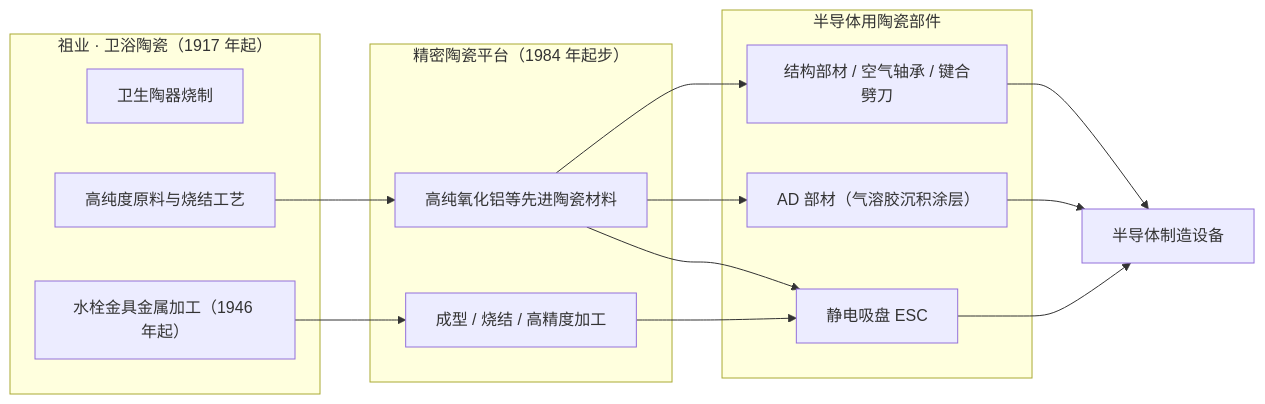
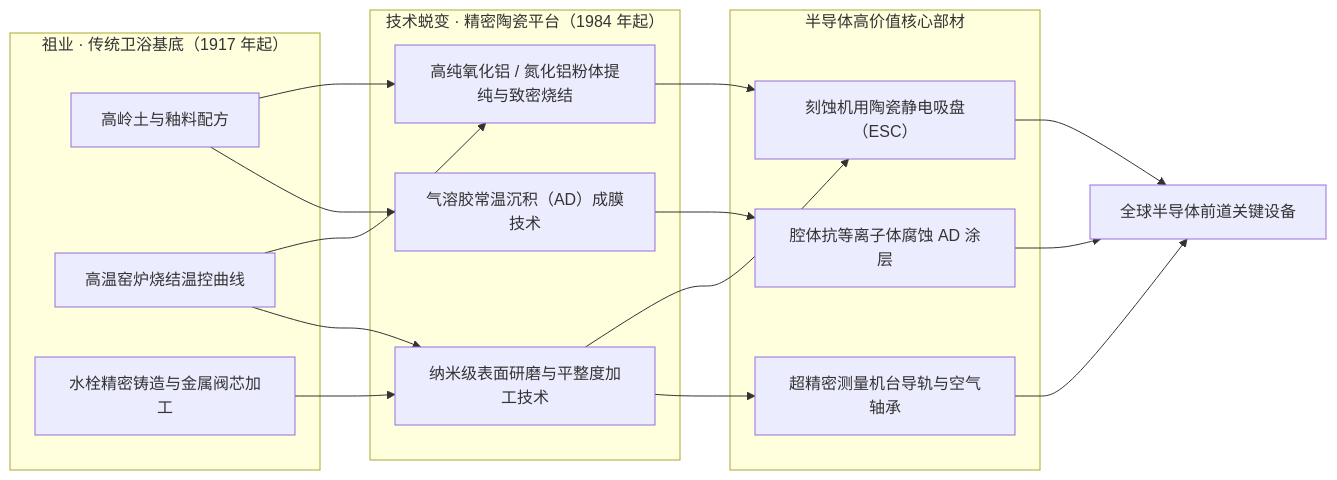
The first of 2 diagrams in content/posts/2026-09-28-toto-semiconductor-ceramics.md (leafcxy/leafcxy.github.io), drawn with Mermaid before and after one commit. The commit also changed other lines of this file and 1 other file, not shown here.

````diff
--- a/content/posts/2026-09-28-toto-semiconductor-ceramics.md
+++ b/content/posts/2026-09-28-toto-semiconductor-ceramics.md
@@ -43,27 +52,26 @@
 ```mermaid
 flowchart LR
-    subgraph A["祖业 · 卫浴陶瓷（1917 年起）"]
-        A1["卫生陶器烧制"]
-        A2["高纯度原料与烧结工艺"]
-        A3["水栓金具金属加工（1946 年起）"]
+    subgraph A["祖业 · 传统卫浴基底（1917 年起）"]
+        A1["高岭土与釉料配方"]
+        A2["高温窑炉烧结温控曲线"]
+        A3["水栓精密铸造与金属阀芯加工"]
     end
-    subgraph B["精密陶瓷平台（1984 年起步）"]
-        B1["高纯氧化铝等先进陶瓷材料"]
-        B2["成型 / 烧结 / 高精度加工"]
+    subgraph B["技术蜕变 · 精密陶瓷平台（1984 年起）"]
+        B1["高纯氧化铝 / 氮化铝粉体提纯与致密烧结"]
+        B2["纳米级表面研磨与平整度加工技术"]
+        B3["气溶胶常温沉积（AD）成膜技术"]
     end
-    subgraph C["半导体用陶瓷部件"]
-        C1["静电吸盘 ESC"]
-        C2["AD 部材（气溶胶沉积涂层）"]
-        C3["结构部材 / 空气轴承 / 键合劈刀"]
+    subgraph C["半导体高价值核心部材"]
+        C1["刻蚀机用陶瓷静电吸盘（ESC）"]
+        C2["腔体抗等离子体腐蚀 AD 涂层"]
+        C3["超精密测量机台导轨与空气轴承"]
     end
-    D["半导体制造设备"]
-    A2 --> B1
-    A3 --> B2
-    B1 --> C1
-    B2 --> C1
-    B1 --> C2
-    B1 --> C3
-    C1 --> D
-    C2 --> D
-    C3 --> D
+    D["全球半导体前道关键设备"]
+    A1 & A2 --> B1
+    A2 & A3 --> B2
+    A1 --> B3
+    B1 & B2 --> C1
+    B3 --> C2
+    B2 --> C3
+    C1 & C2 & C3 --> D
 ```
````
